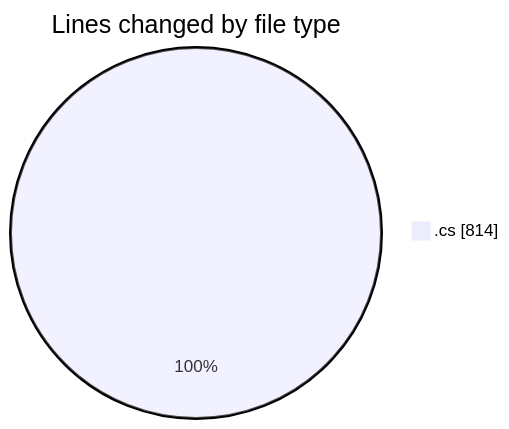
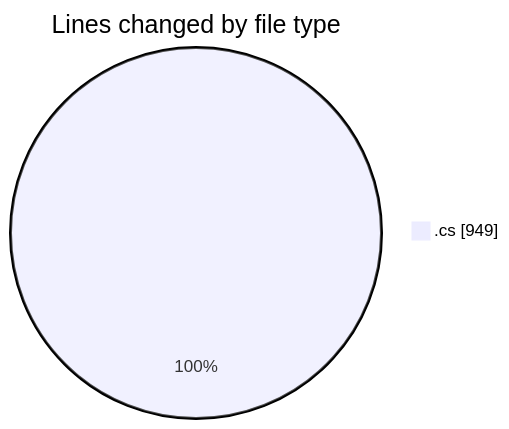
One commit to Netris89/code-tracking changed the first of 2 diagrams in 2025-03-21/back-end/README.md. Above: the diagram before and after it, drawn with Mermaid. The commit also changed other lines of this file and 1 other file, not shown here.

````diff
--- a/2025-03-21/back-end/README.md
+++ b/2025-03-21/back-end/README.md
@@ -23,5 +25,5 @@
 ```mermaid
 pie showData
 title Lines changed by file type
-".cs" : 814
+".cs" : 949
 ```
````
